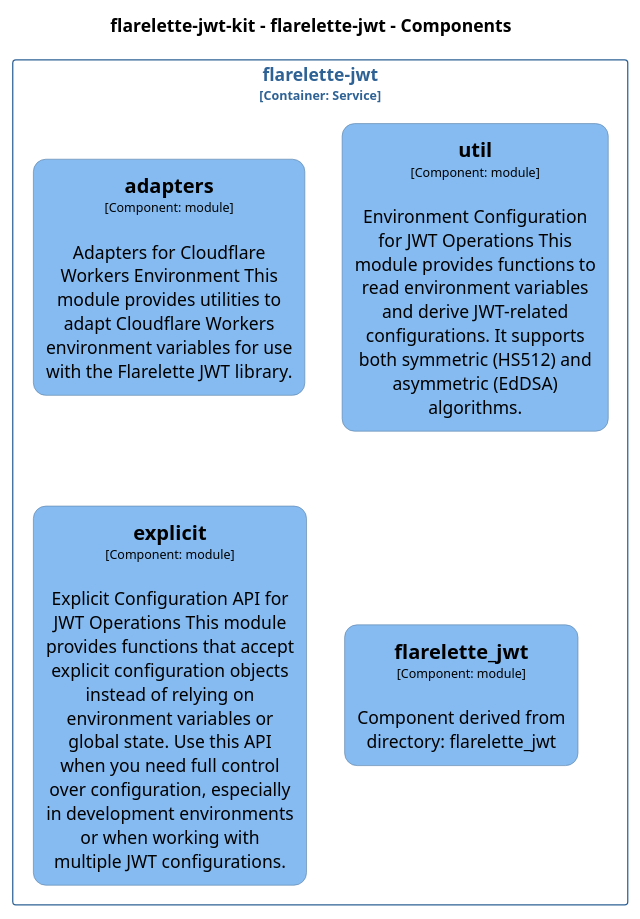
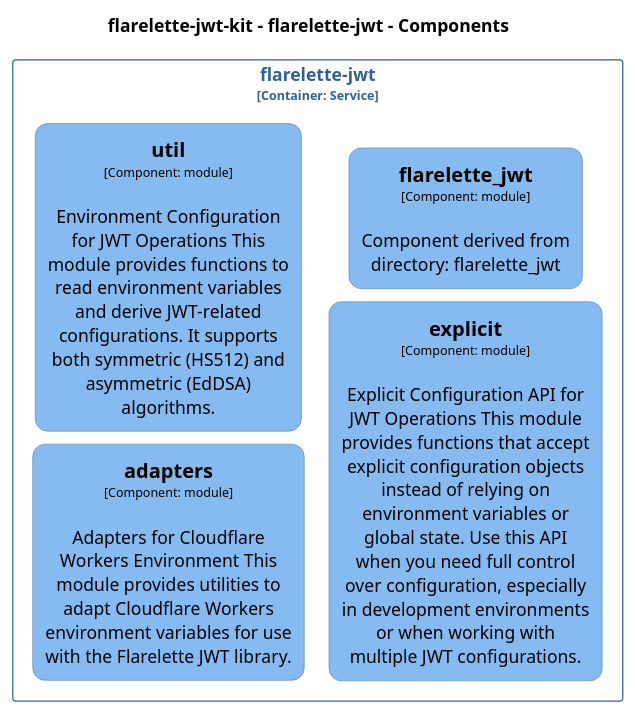
Before and after one commit to chrislyons-dev/flarelette-jwt-kit: the diagram in docs/architecture/diagrams/plantuml/structurizr-Components_flarelette_jwt.puml, drawn with PlantUML. The commit also changed 118 other files, not shown here.

```diff
--- a/docs/architecture/diagrams/plantuml/structurizr-Components_flarelette_jwt.puml
+++ b/docs/architecture/diagrams/plantuml/structurizr-Components_flarelette_jwt.puml
@@ -1,60 +1,60 @@
 @startuml
 set separator none
 title flarelette-jwt-kit - flarelette-jwt - Components
 
-top to bottom direction
-skinparam ranksep 60
-skinparam nodesep 30
+left to right direction
+skinparam ranksep 20
+skinparam nodesep 10
 
 skinparam {
   arrowFontSize 10
   defaultTextAlignment center
   wrapWidth 200
   maxMessageSize 100
   defaultFontName "Arial"
 }
 
 hide stereotype
 
 skinparam rectangle<<flarelettejwtkit.flarelettejwt.adapters>> {
   BackgroundColor #85bbf0
   FontColor #000000
   BorderColor #5d82a8
   roundCorner 20
   shadowing false
 }
 skinparam rectangle<<flarelettejwtkit.flarelettejwt.explicit>> {
   BackgroundColor #85bbf0
   FontColor #000000
   BorderColor #5d82a8
   roundCorner 20
   shadowing false
 }
 skinparam rectangle<<flarelettejwtkit.flarelettejwt.flarelette_jwt>> {
   BackgroundColor #85bbf0
   FontColor #000000
   BorderColor #5d82a8
   roundCorner 20
   shadowing false
 }
 skinparam rectangle<<flarelettejwtkit.flarelettejwt.util>> {
   BackgroundColor #85bbf0
   FontColor #000000
   BorderColor #5d82a8
   roundCorner 20
   shadowing false
 }
 skinparam rectangle<<flarelettejwtkit.flarelettejwt>> {
   BorderColor #2e6295
   FontColor #2e6295
   shadowing false
 }
 
 rectangle "flarelette-jwt\n<size:10>[Container: Service]</size>" <<flarelettejwtkit.flarelettejwt>> {
   rectangle "==adapters\n<size:10>[Component: module]</size>\n\nAdapters for Cloudflare Workers Environment This module provides utilities to adapt Cloudflare Workers environment variables for use with the Flarelette JWT library." <<flarelettejwtkit.flarelettejwt.adapters>> as flarelettejwtkit.flarelettejwt.adapters
   rectangle "==util\n<size:10>[Component: module]</size>\n\nEnvironment Configuration for JWT Operations This module provides functions to read environment variables and derive JWT-related configurations. It supports both symmetric (HS512) and asymmetric (EdDSA) algorithms." <<flarelettejwtkit.flarelettejwt.util>> as flarelettejwtkit.flarelettejwt.util
   rectangle "==explicit\n<size:10>[Component: module]</size>\n\nExplicit Configuration API for JWT Operations This module provides functions that accept explicit configuration objects instead of relying on environment variables or global state. Use this API when you need full control over configuration, especially in development environments or when working with multiple JWT configurations." <<flarelettejwtkit.flarelettejwt.explicit>> as flarelettejwtkit.flarelettejwt.explicit
   rectangle "==flarelette_jwt\n<size:10>[Component: module]</size>\n\nComponent derived from directory: flarelette_jwt" <<flarelettejwtkit.flarelettejwt.flarelette_jwt>> as flarelettejwtkit.flarelettejwt.flarelette_jwt
 }
 
 @enduml
```
